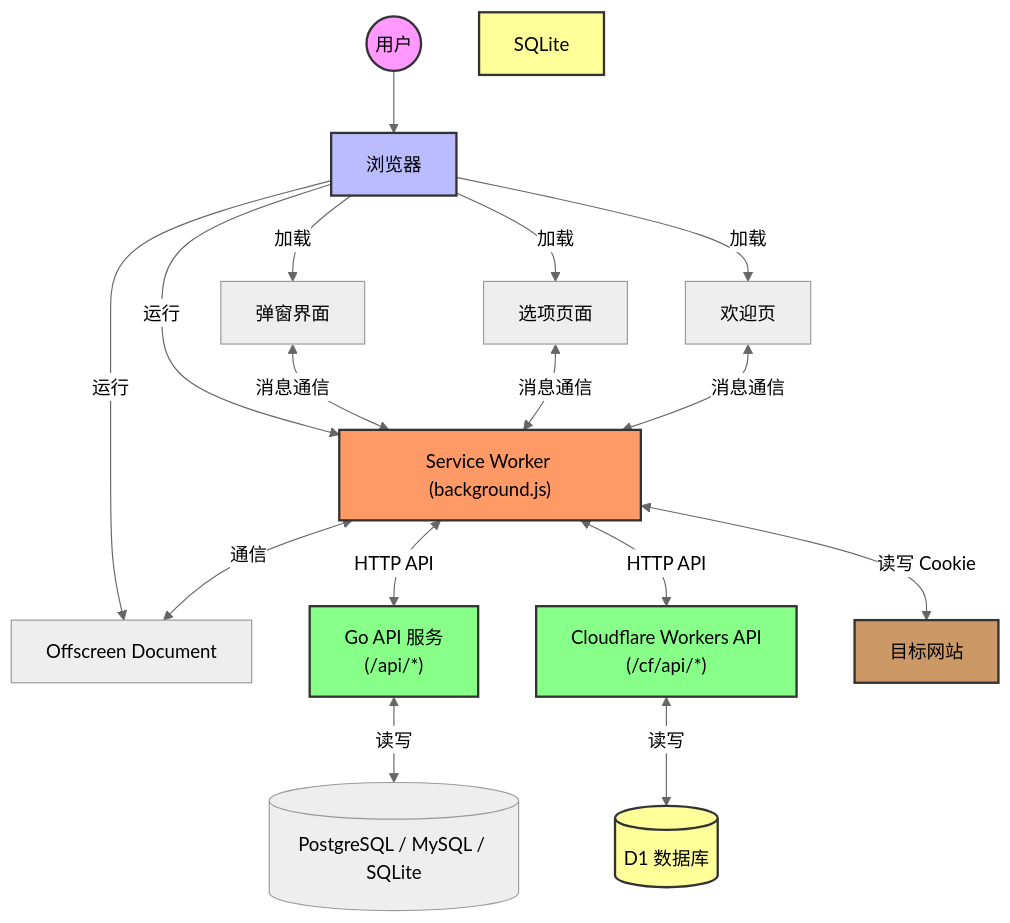
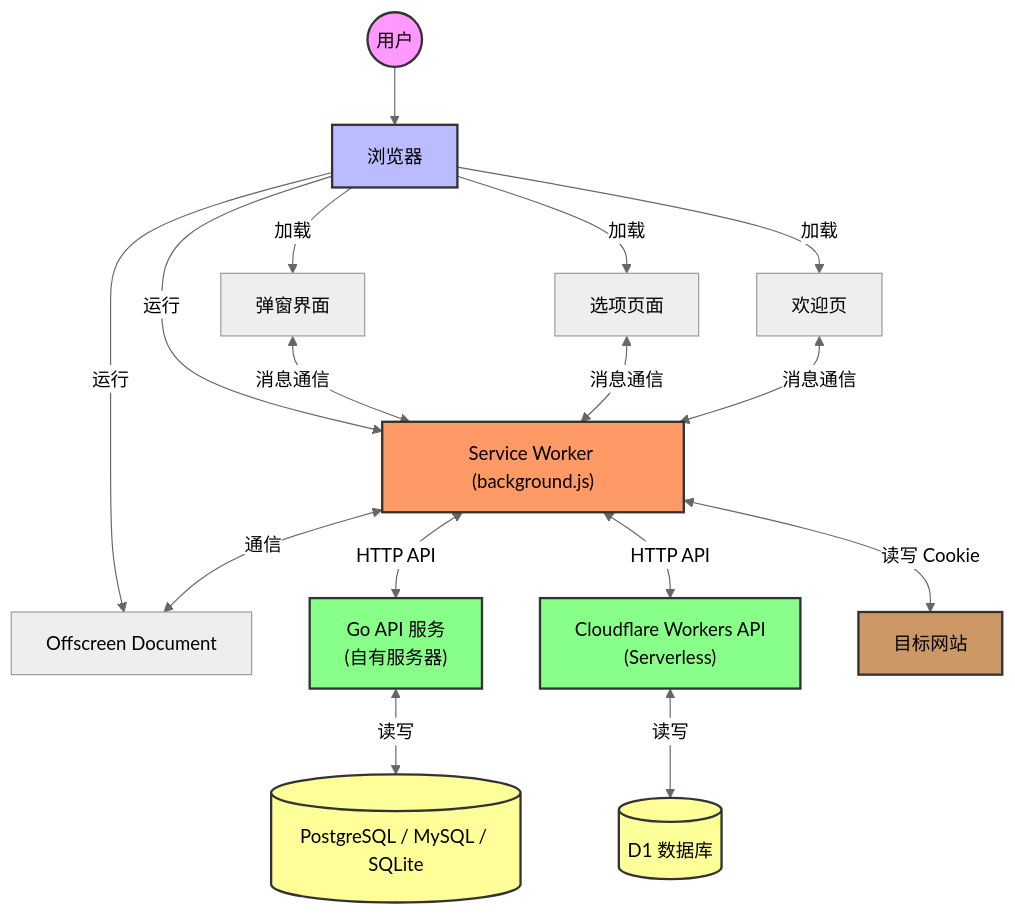
The first of 2 diagrams in README.md (Drean21/CookiePusher), drawn with Mermaid (neutral theme) before and after one commit. The commit also changed other lines of this file, not shown here.

````diff
--- a/README.md
+++ b/README.md
@@ -30,30 +30,30 @@
 ```mermaid
 graph TD
     User((用户)) --> Browser[浏览器]
     Browser --> |加载| Popup[弹窗界面]
     Browser --> |加载| Options[选项页面]
     Browser --> |加载| Welcome[欢迎页]
     Browser --> |运行| ServiceWorker["Service Worker (background.js)"]
     Browser --> |运行| Offscreen["Offscreen Document"]
 
     Popup <--> |消息通信| ServiceWorker
     Options <--> |消息通信| ServiceWorker
     Welcome <--> |消息通信| ServiceWorker
     ServiceWorker <--> |通信| Offscreen
 
-    ServiceWorker <--> |HTTP API| GoAPI["Go API 服务<br/>(/api/*)"]
-    ServiceWorker <--> |HTTP API| CFAPI["Cloudflare Workers API<br/>(/cf/api/*)"]
+    ServiceWorker <--> |HTTP API| GoAPI["Go API 服务<br/>(自有服务器)"]
+    ServiceWorker <--> |HTTP API| CFAPI["Cloudflare Workers API<br/>(Serverless)"]
     GoAPI <--> |读写| RDBMS[("PostgreSQL / MySQL / SQLite")]
     CFAPI <--> |读写| D1[(D1 数据库)]
     
     ServiceWorker <--> |读写 Cookie| TargetWebsite[目标网站]
 
     style User fill:#f9f,stroke:#333,stroke-width:2px
     style Browser fill:#bbf,stroke:#333,stroke-width:2px
     style ServiceWorker fill:#f96,stroke:#333,stroke-width:2px
     style GoAPI fill:#8f8,stroke:#333,stroke-width:2px
     style CFAPI fill:#8f8,stroke:#333,stroke-width:2px
-    style SQLite fill:#ff9,stroke:#333,stroke-width:2px
+    style RDBMS fill:#ff9,stroke:#333,stroke-width:2px
     style D1 fill:#ff9,stroke:#333,stroke-width:2px
     style TargetWebsite fill:#c96,stroke:#333,stroke-width:2px
 ```
````
